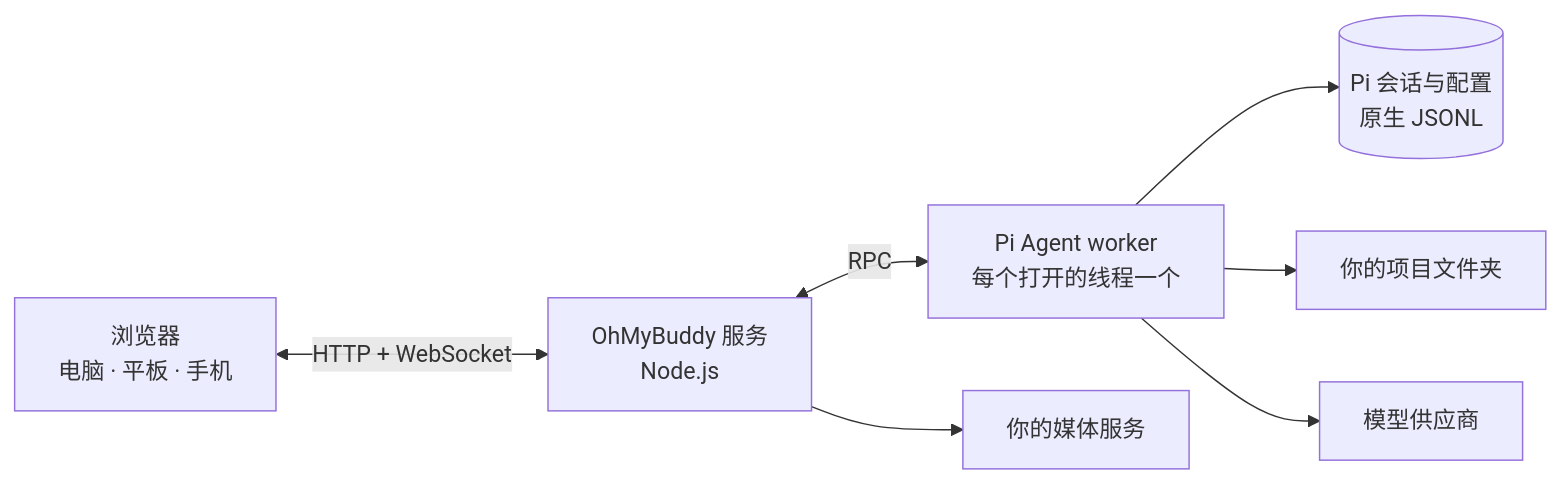
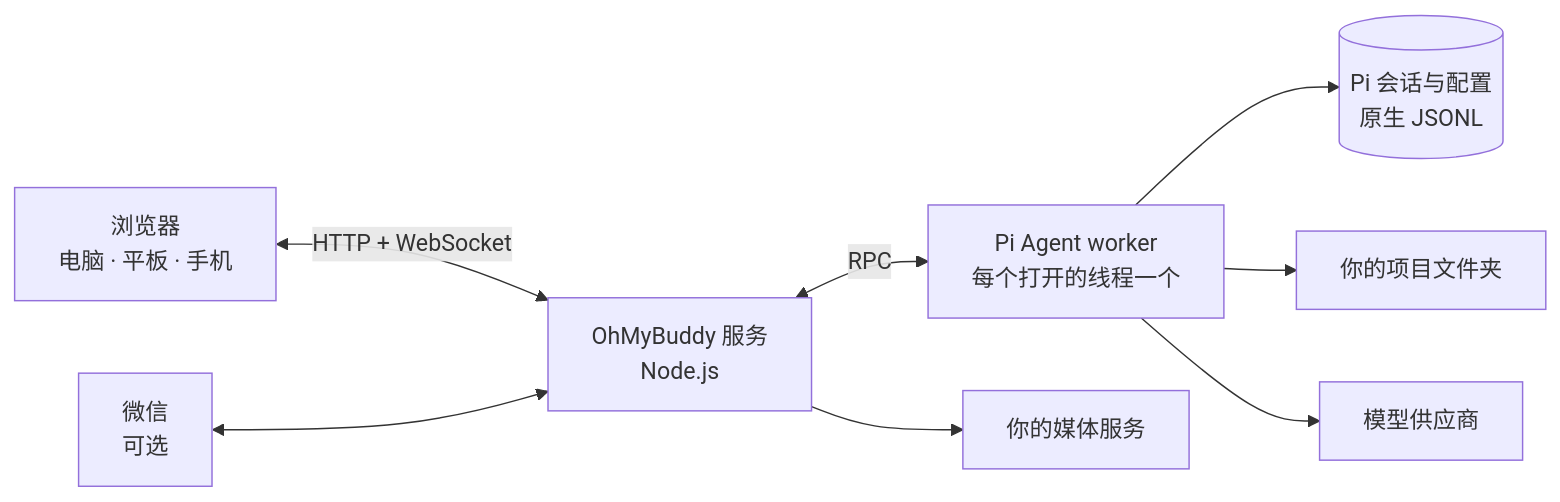
Before and after one commit to YogurtJ/OhMyBuddy: the diagram in README.zh-CN.md, drawn with Mermaid. The commit also changed other lines of this file and 2 other files, not shown here.

````diff
--- a/README.zh-CN.md
+++ b/README.zh-CN.md
@@ -165,9 +171,10 @@
 ```mermaid
 flowchart LR
     B["浏览器<br/>电脑 · 平板 · 手机"] <-->|HTTP + WebSocket| S["OhMyBuddy 服务<br/>Node.js"]
+    C["微信<br/>可选"] <--> S
     S <-->|RPC| W["Pi Agent worker<br/>每个打开的线程一个"]
     W --> D[("Pi 会话与配置<br/>原生 JSONL")]
     W --> P["你的项目文件夹"]
     W --> L["模型供应商"]
     S --> M["你的媒体服务"]
 ```
````
